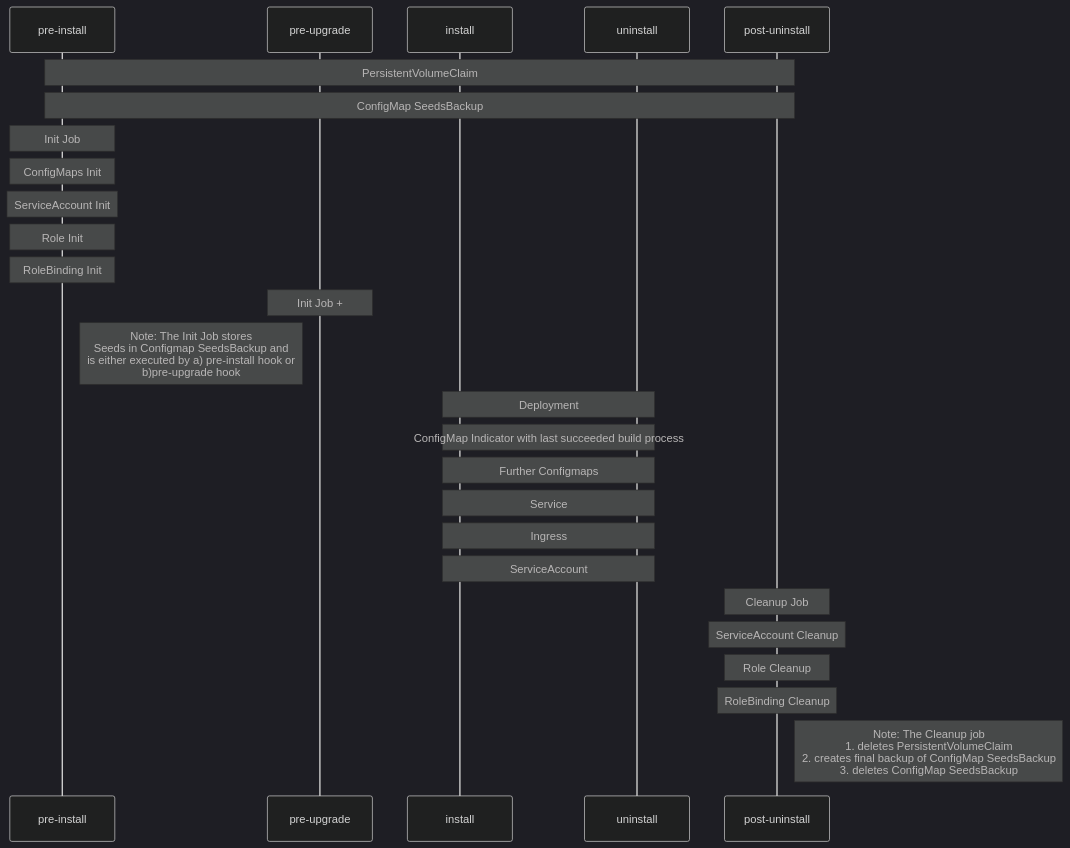
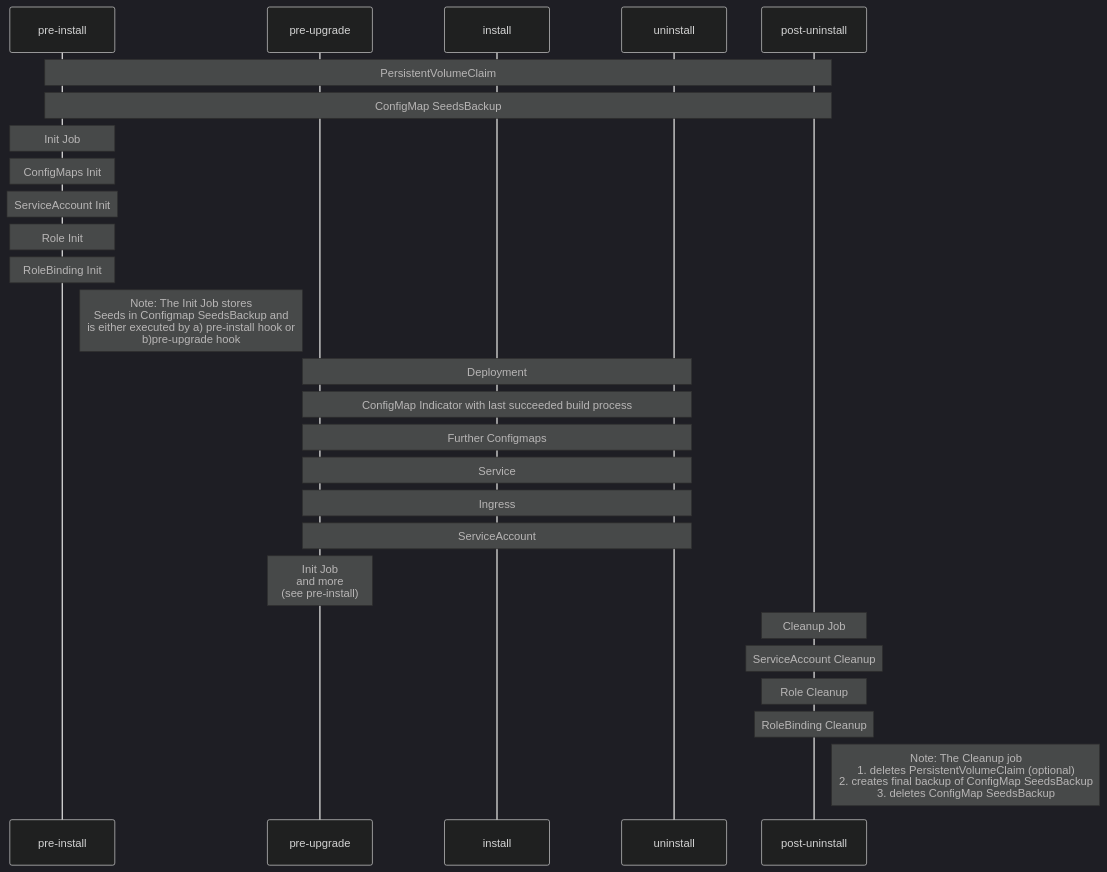
Before and after one commit to PharmaLedger-IMI/helmchart-ethadapter: the first of 6 diagrams in charts/epi/README.md, drawn with Mermaid (dark theme). The commit also changed other lines of this file and 1 other file, not shown here.

````diff
--- a/charts/epi/README.md
+++ b/charts/epi/README.md
@@ -40,28 +40,28 @@
 ```mermaid
 sequenceDiagram
   participant PIN as pre-install
   participant PUP as pre-upgrade
   participant I as install
   participant U as uninstall
   participant PUN as post-uninstall
   Note over PIN,PUN: PersistentVolumeClaim
   Note over PIN,PUN: ConfigMap SeedsBackup
   Note over PIN:Init Job
   Note over PIN:ConfigMaps Init
   Note over PIN:ServiceAccount Init
   Note over PIN:Role Init
   Note over PIN:RoleBinding Init
-  Note over PUP:Init Job +
   note right of PIN: Note: The Init Job stores <br/>Seeds in Configmap SeedsBackup and <br/> is either executed by a) pre-install hook or<br/>b)pre-upgrade hook
-  Note over I,U:Deployment
-  Note over I,U:ConfigMap Indicator with last succeeded build process
-  Note over I,U:Further Configmaps
-  Note over I,U:Service
-  Note over I,U:Ingress
-  Note over I,U:ServiceAccount
+  Note over PUP,U:Deployment
+  Note over PUP,U:ConfigMap Indicator with last succeeded build process
+  Note over PUP,U:Further Configmaps
+  Note over PUP,U:Service
+  Note over PUP,U:Ingress
+  Note over PUP,U:ServiceAccount
+  Note over PUP:Init Job<br/>and more<br/>(see pre-install)
   Note over PUN:Cleanup Job
   Note over PUN:ServiceAccount Cleanup
   Note over PUN:Role Cleanup
   Note over PUN:RoleBinding Cleanup
-  note right of PUN: Note: The Cleanup job<br/>1. deletes PersistentVolumeClaim<br/>2. creates final backup of ConfigMap SeedsBackup<br/>3. deletes ConfigMap SeedsBackup
+  note right of PUN: Note: The Cleanup job<br/>1. deletes PersistentVolumeClaim (optional)<br/>2. creates final backup of ConfigMap SeedsBackup<br/>3. deletes ConfigMap SeedsBackup
 ```
````
